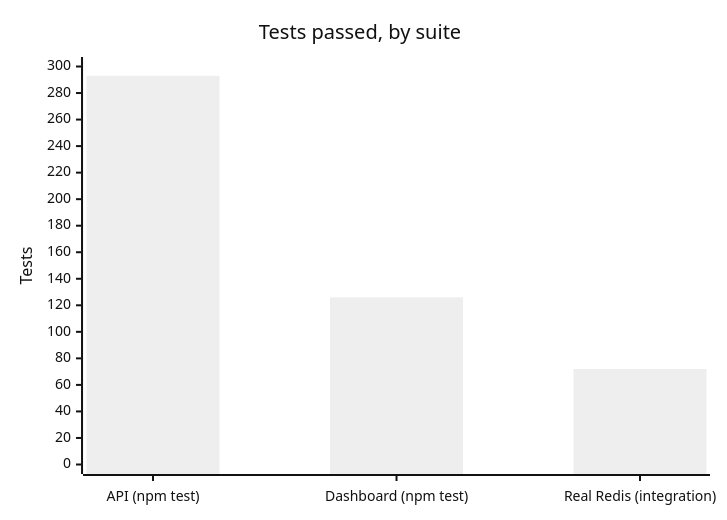
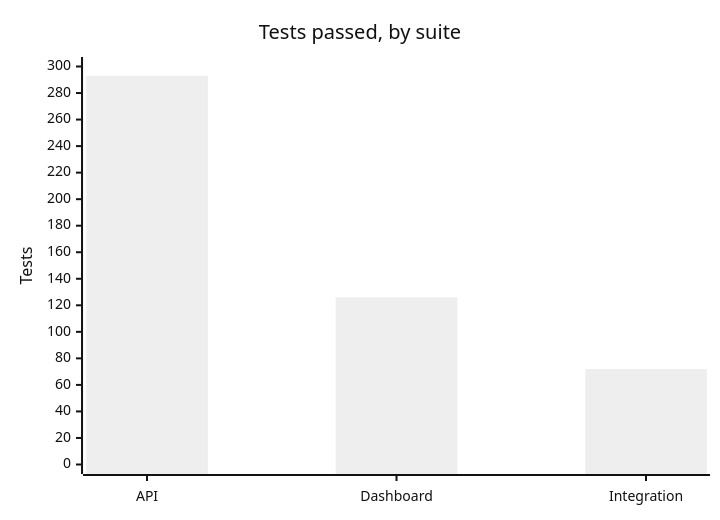
Before and after one commit to M4xP4s/bouncer-dashboard: the third of 4 diagrams in README.md, drawn with Mermaid (neutral theme).

Commit message:
Shorten the chart labels so that none is cut off

````diff
--- a/README.md
+++ b/README.md
@@ -214,7 +214,7 @@
 ```mermaid
 xychart-beta
     title "Tests passed, by suite"
-    x-axis ["API (npm test)", "Dashboard (npm test)", "Real Redis (integration)"]
+    x-axis ["API", "Dashboard", "Integration"]
     y-axis "Tests" 0 --> 300
     bar [293, 126, 72]
 ```
````
